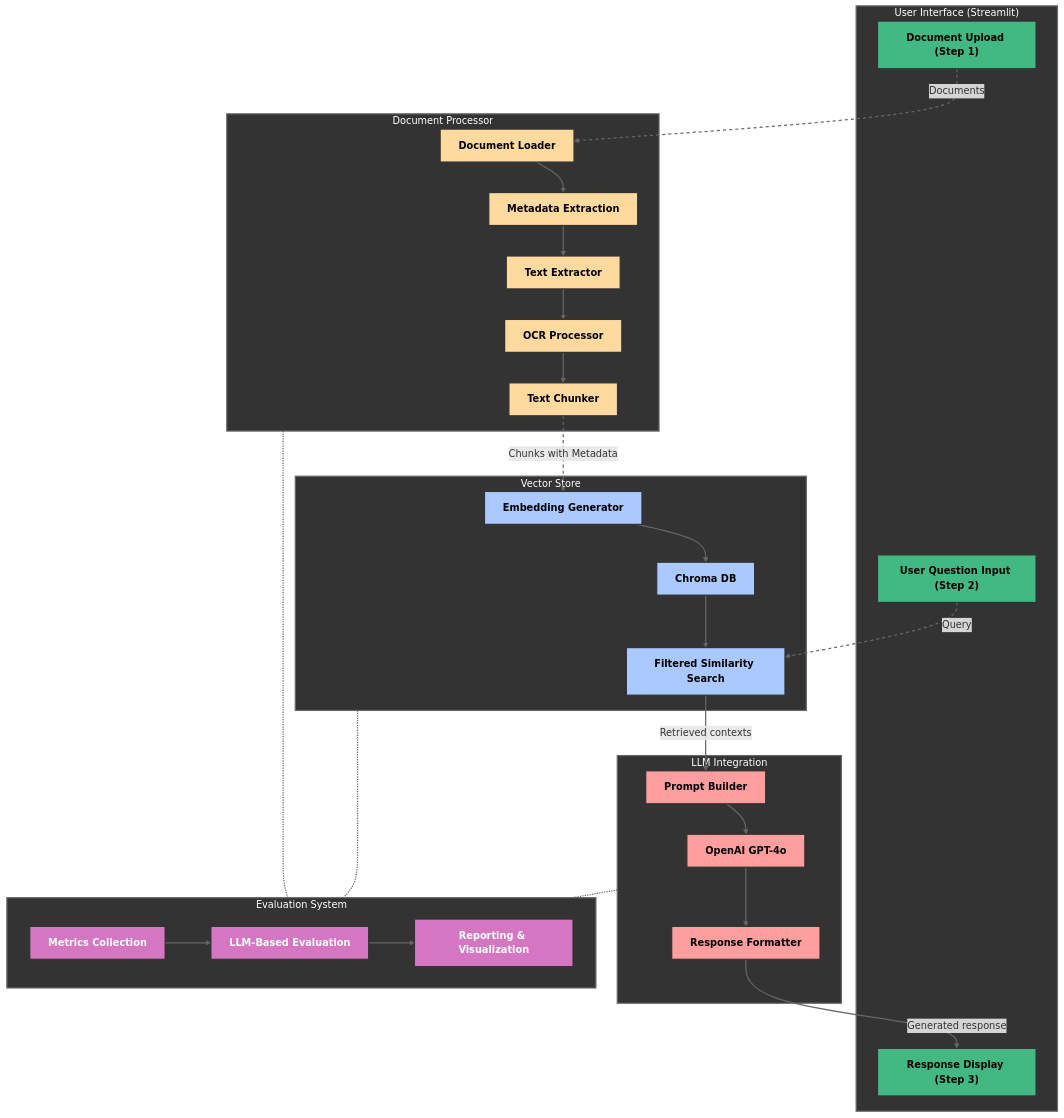
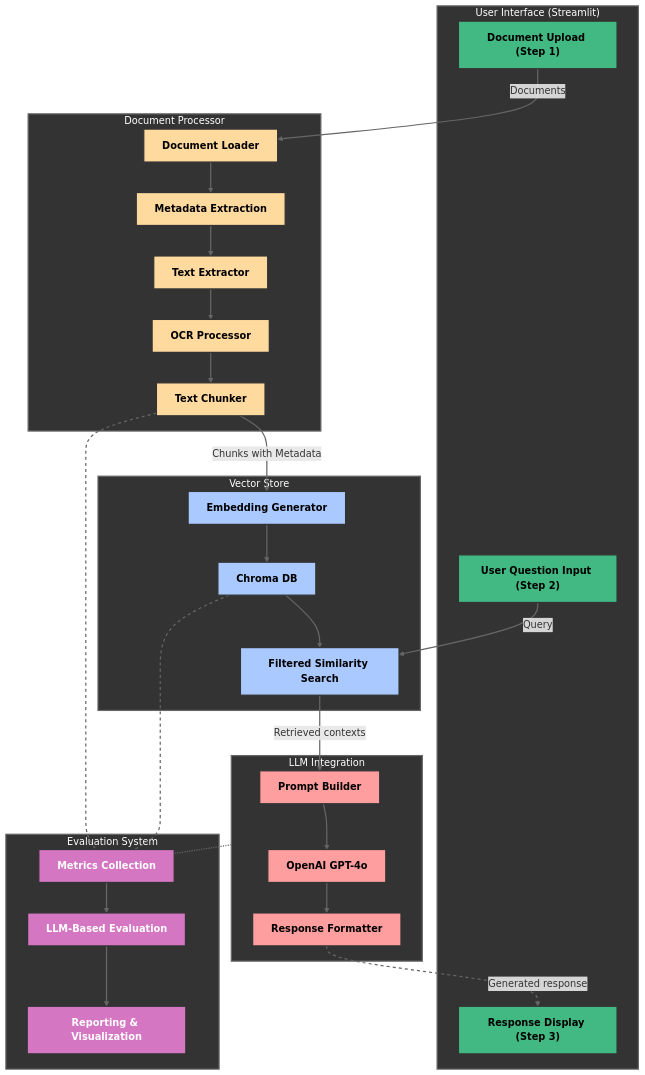
Before and after one commit to mdwaquarahmad/fortune500-rag: the diagram in README.md, drawn with Mermaid.

Commit message:
Documentation

````diff
--- a/README.md
+++ b/README.md
@@ -51,12 +51,6 @@
         B2["Text Extractor"]
         B3["OCR Processor"]
         B4["Text Chunker"]
-        
-        %% Internal document processor connections with right angles
-        B1 --> B5
-        B5 --> B2
-        B2 --> B3
-        B3 --> B4
     end
     
     %% Vector Store Component
@@ -65,10 +59,6 @@
         C1["Embedding Generator"]
         C2["Chroma DB"]
         C3["Filtered Similarity Search"]
-        
-        %% Internal vector store connections
-        C1 --> C2
-        C2 --> C3
     end
     
     %% LLM Integration Component
@@ -77,10 +67,6 @@
         D1["Prompt Builder"]
         D2["OpenAI GPT-4o"]
         D3["Response Formatter"]
-        
-        %% Internal LLM connections
-        D1 --> D2
-        D2 --> D3
     end
     
     %% Evaluation System Component
@@ -89,23 +75,36 @@
         E1["Metrics Collection"]
         E2["LLM-Based Evaluation"]
         E3["Reporting & Visualization"]
-        
-        %% Internal evaluation connections
-        E1 --> E2
-        E2 --> E3
     end
     
-    %% External connections between components with orthogonal routing
+    %% Connections maintaining original flow but with improved angles
+    %% Document processing flow
     A1 -- "Documents" --> B1
+    B1 --> B5
+    B5 --> B2
+    B2 --> B3
+    B3 --> B4
+    
+    %% Vector store flow
     B4 -- "Chunks with Metadata" --> C1
+    C1 --> C2
+    C2 --> C3
+    
+    %% Question and response flow
     A2 -- "Query" --> C3
     C3 -- "Retrieved contexts" --> D1
+    D1 --> D2
+    D2 --> D3
     D3 -- "Generated response" --> A3
     
-    %% Evaluation System Connections - with orthogonal routing
-    DP -..- EVAL
-    VS -..- EVAL
-    LLM -..- EVAL
+    %% Evaluation System Connections - with straight dotted lines
+    B4 -.- E1
+    C2 -.- E1
+    LLM -.- E1
+    
+    %% Internal evaluation connections
+    E1 --> E2
+    E2 --> E3
     
     %% Styling for specific components
     classDef uiComponents fill:#42b983,stroke:#333,stroke-width:2px,color:black,font-weight:bold
@@ -123,5 +122,5 @@
     
     %% Add link styling
     linkStyle default stroke:#666,stroke-width:2px
-    linkStyle 10,11,12 stroke:#666,stroke-width:2px,stroke-dasharray:5 5
+    linkStyle 12,13,14 stroke:#666,stroke-width:2px,stroke-dasharray:5 5
 ```
````
